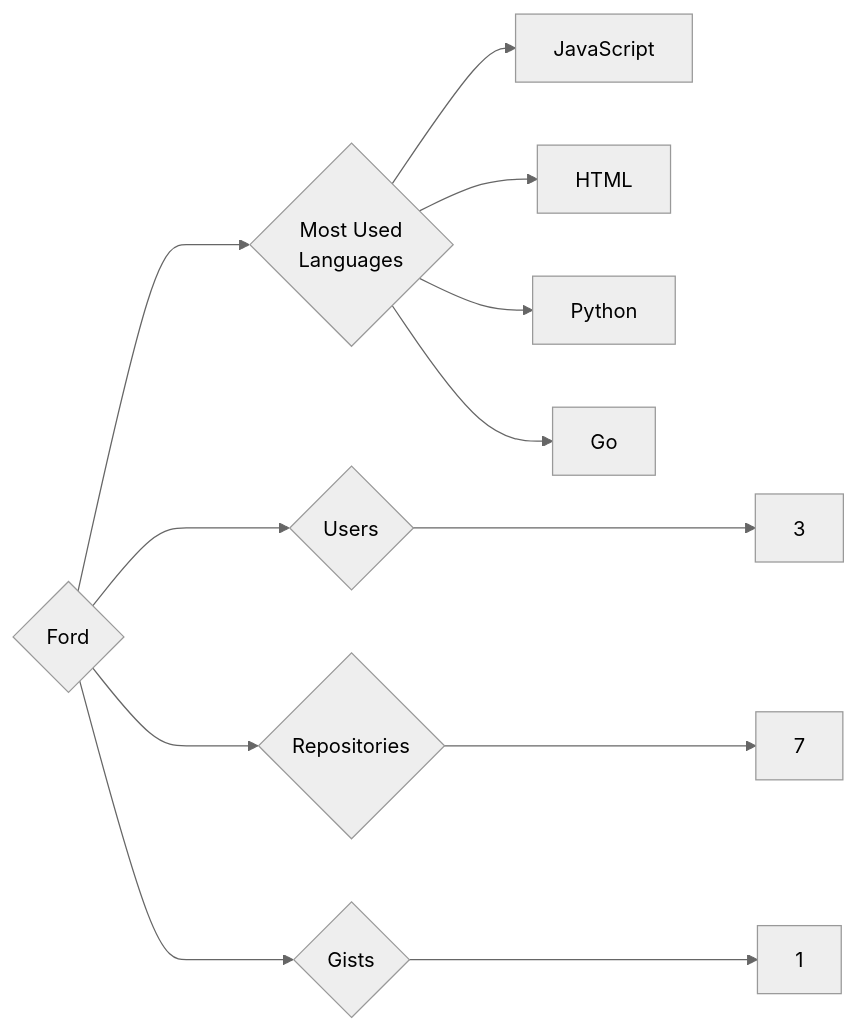
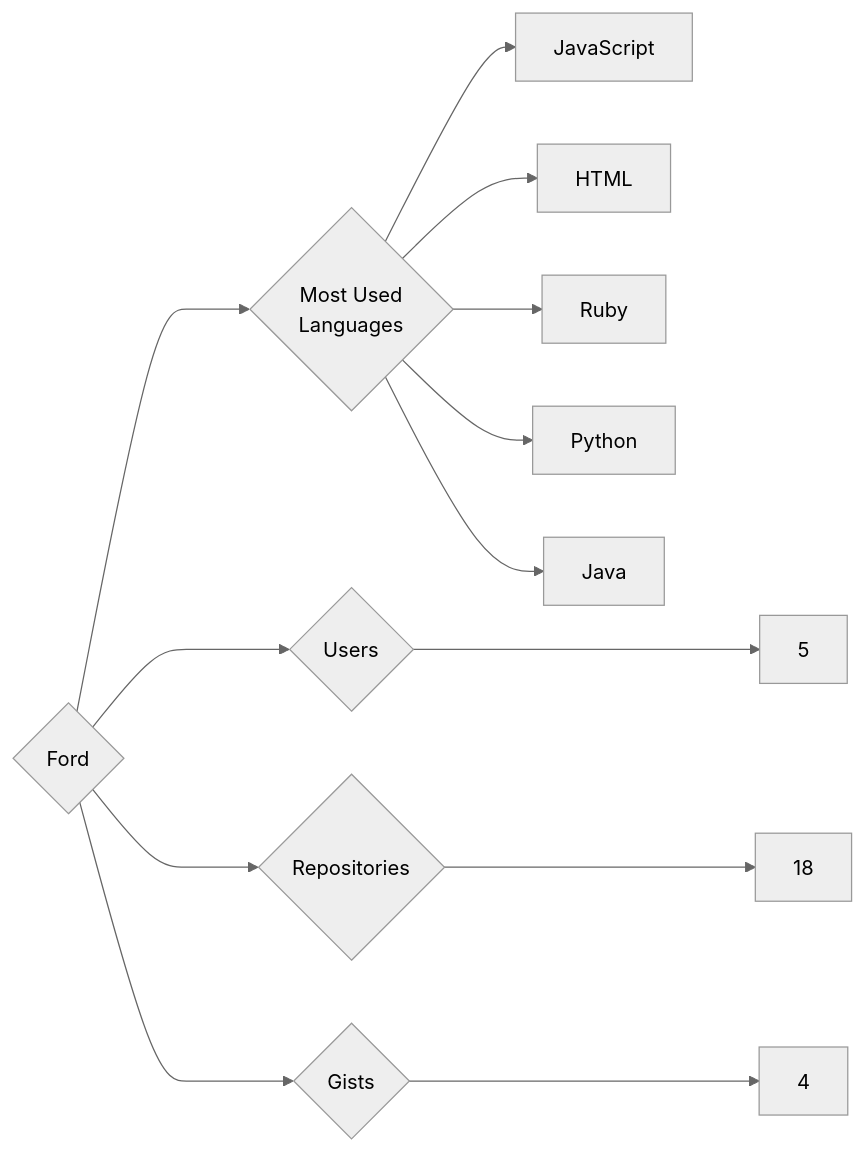
One commit to trickest/insiders changed the diagram in targets/Ford/README.md. Above: the diagram before and after it, drawn with Mermaid (neutral theme). The commit also changed 1089 other files, not shown here.

````diff
--- a/targets/Ford/README.md
+++ b/targets/Ford/README.md
@@ -3,12 +3,13 @@
 ```mermaid
 graph LR
 COMPANY_NAME{Ford}
-COMPANY_NAME ---> U{Users} ---> UN[3]
-COMPANY_NAME ---> R{Repositories} ---> RN[7]
-COMPANY_NAME ---> G{Gists} ---> GN[1]
+COMPANY_NAME ---> U{Users} ---> UN[5]
+COMPANY_NAME ---> R{Repositories} ---> RN[18]
+COMPANY_NAME ---> G{Gists} ---> GN[4]
 COMPANY_NAME ---> ML{Most Used<br>Languages}
 ML --> JavaScript[JavaScript]
 ML --> HTML[HTML]
+ML --> Ruby[Ruby]
 ML --> Python[Python]
-ML --> Go[Go]
+ML --> Java[Java]
 ```
````
